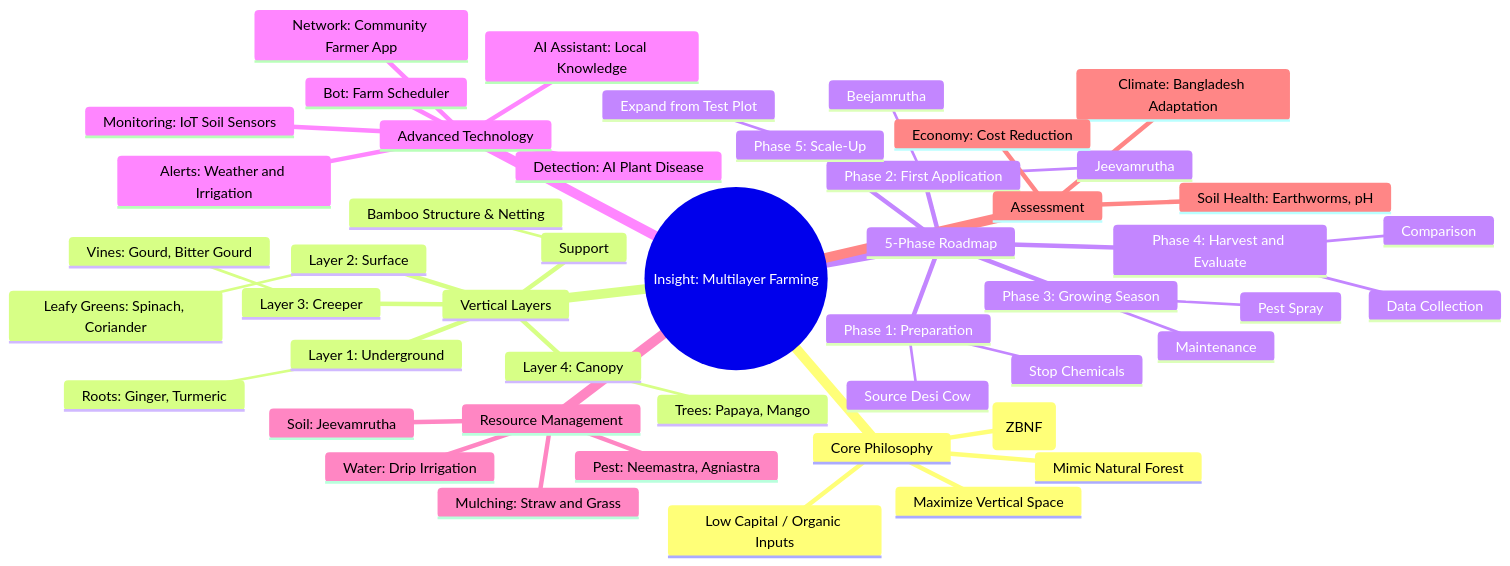
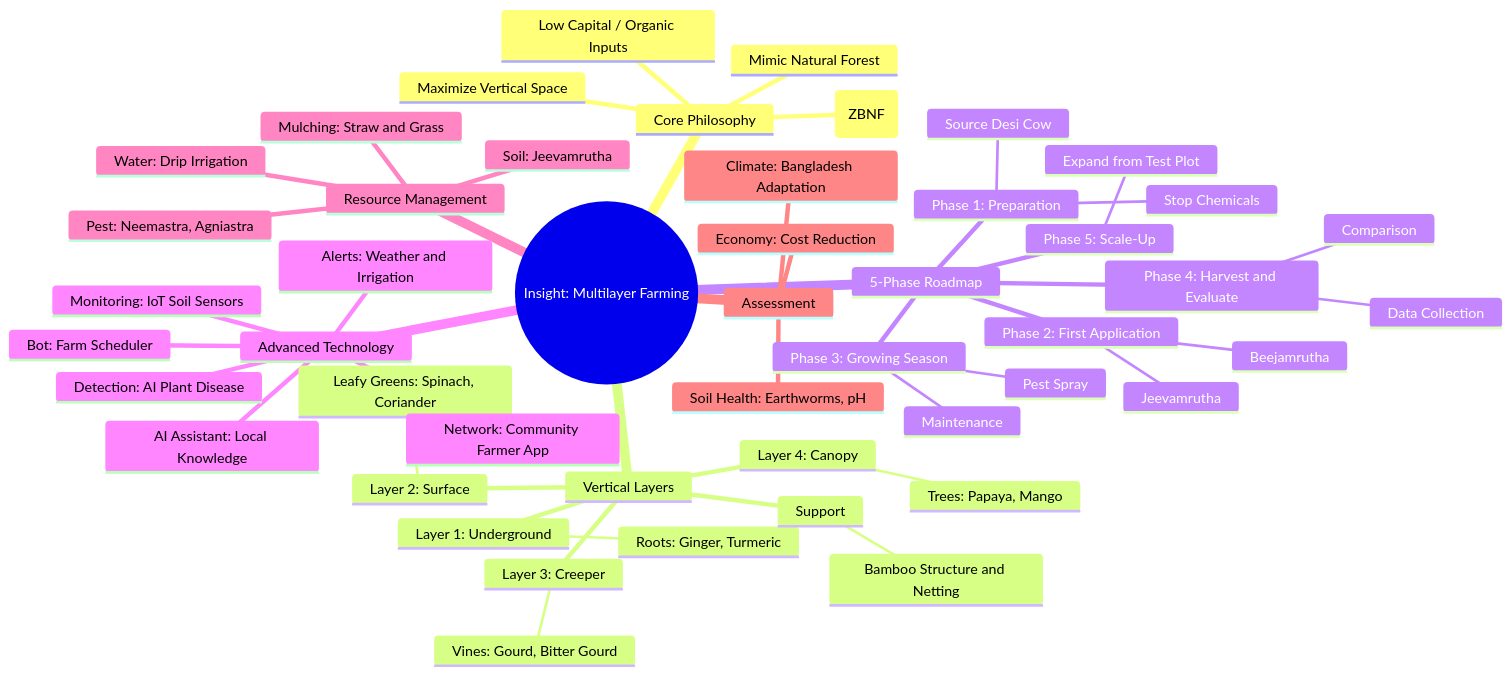
Before and after one commit to abidkhan484/agri-insight: the diagram in content/docs/_index.md, drawn with Mermaid. The commit also changed other lines of this file and 1 other file, not shown here.

Commit message:
fix: ampersand removed from the mermaid code

````diff
--- a/content/docs/_index.md
+++ b/content/docs/_index.md
@@ -13,51 +13,51 @@
 ```mermaid
 mindmap
   root((Insight: Multilayer Farming))
     Core Philosophy
       Zero-Budget Natural Farming (ZBNF)
       Mimic Natural Forest
       Maximize Vertical Space
       Low Capital / Organic Inputs
     Vertical Layers
       Layer 1: Underground
         Roots: Ginger, Turmeric
       Layer 2: Surface
         Leafy Greens: Spinach, Coriander
       Layer 3: Creeper
         Vines: Gourd, Bitter Gourd
       Layer 4: Canopy
         Trees: Papaya, Mango
       Support
-        Bamboo Structure & Netting
+        Bamboo Structure and Netting
     5-Phase Roadmap
       Phase 1: Preparation
         Source Desi Cow
         Stop Chemicals
       Phase 2: First Application
         Jeevamrutha
         Beejamrutha
       Phase 3: Growing Season
         Maintenance
         Pest Spray
       Phase 4: Harvest and Evaluate
         Data Collection
         Comparison
       Phase 5: Scale-Up
         Expand from Test Plot
     Advanced Technology
       Bot: Farm Scheduler
       Alerts: Weather and Irrigation
       Monitoring: IoT Soil Sensors
       Detection: AI Plant Disease
       AI Assistant: Local Knowledge
       Network: Community Farmer App
     Resource Management
       Soil: Jeevamrutha
       Pest: Neemastra, Agniastra
       Water: Drip Irrigation
       Mulching: Straw and Grass
     Assessment
       Soil Health: Earthworms, pH
       Climate: Bangladesh Adaptation
       Economy: Cost Reduction
 ```
````
